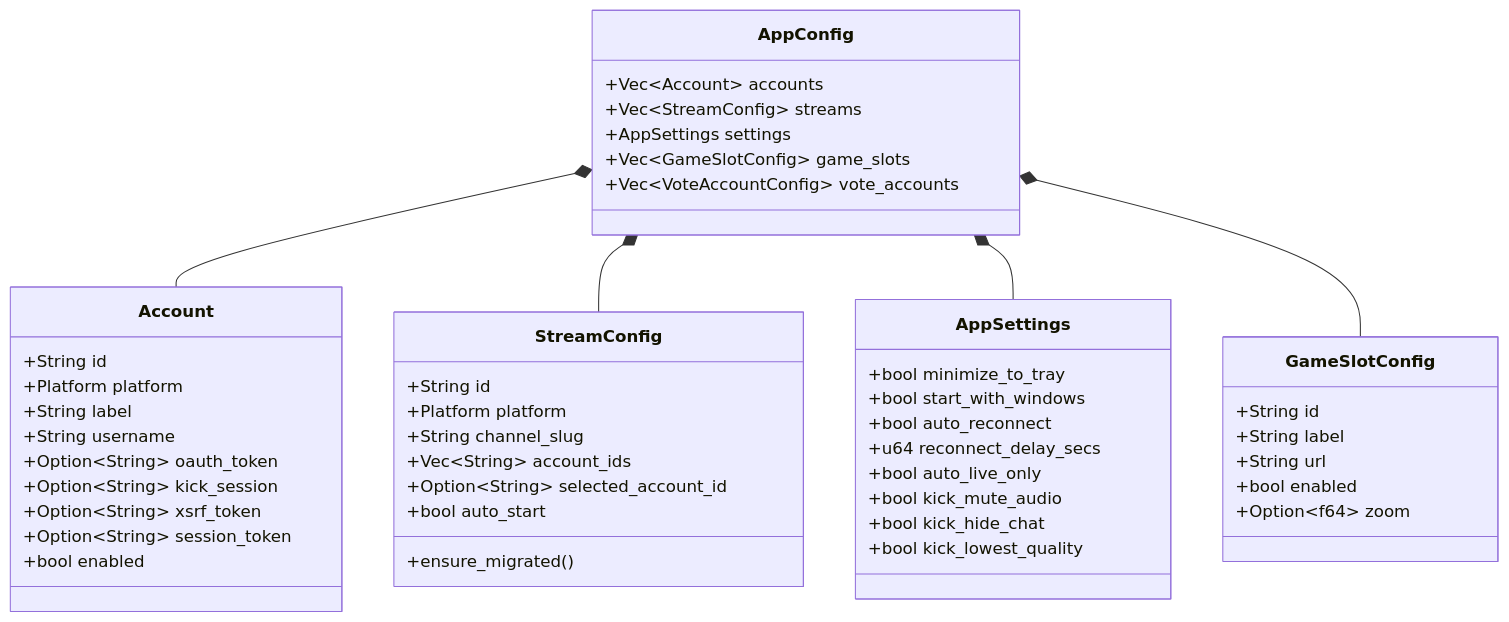
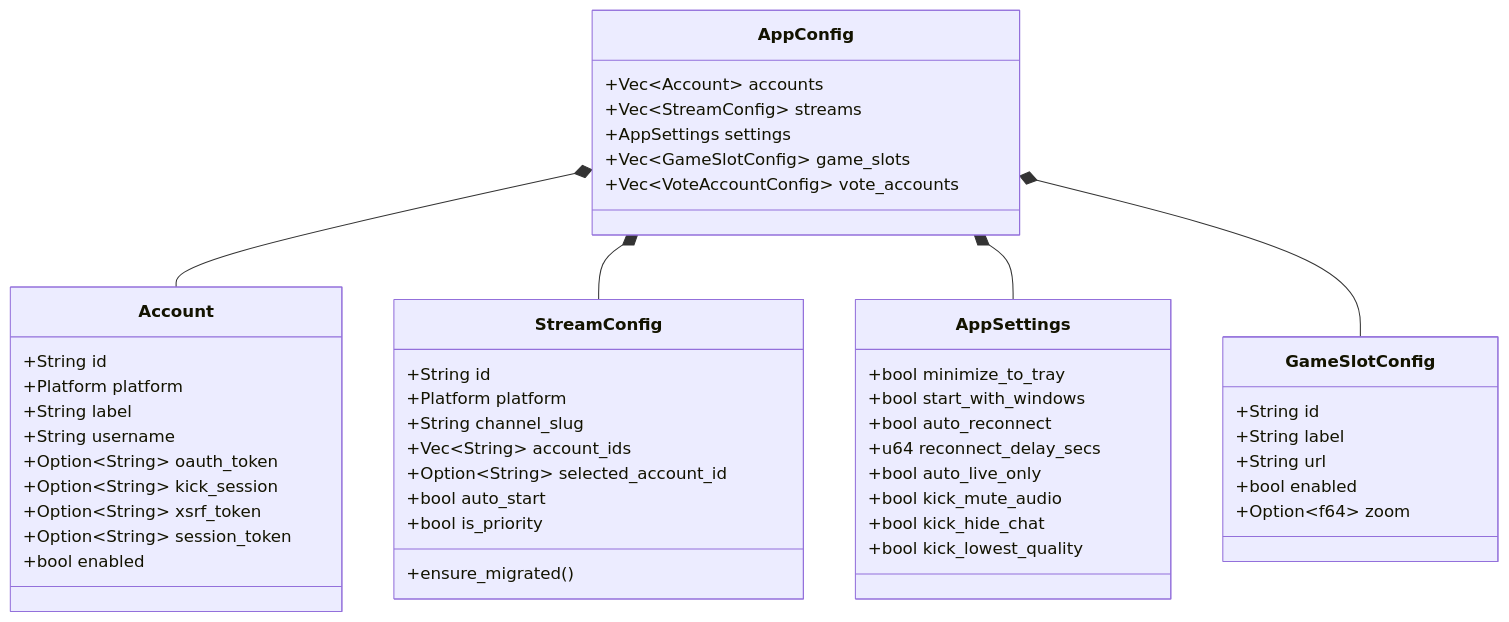
The first of 2 diagrams in Docs/05-backend-core.md (GabrielGamaBaptista/IdleStream), drawn with Mermaid before and after one commit. The commit also changed 30 other files, not shown here.

````diff
--- a/Docs/05-backend-core.md
+++ b/Docs/05-backend-core.md
@@ -45,52 +45,53 @@
 ```mermaid
 classDiagram
     class AppConfig {
         +Vec~Account~ accounts
         +Vec~StreamConfig~ streams
         +AppSettings settings
         +Vec~GameSlotConfig~ game_slots
         +Vec~VoteAccountConfig~ vote_accounts
     }
     class Account {
         +String id
         +Platform platform
         +String label
         +String username
         +Option~String~ oauth_token
         +Option~String~ kick_session
         +Option~String~ xsrf_token
         +Option~String~ session_token
         +bool enabled
     }
     class StreamConfig {
         +String id
         +Platform platform
         +String channel_slug
         +Vec~String~ account_ids
         +Option~String~ selected_account_id
         +bool auto_start
+        +bool is_priority
         +ensure_migrated()
     }
     class AppSettings {
         +bool minimize_to_tray
         +bool start_with_windows
         +bool auto_reconnect
         +u64 reconnect_delay_secs
         +bool auto_live_only
         +bool kick_mute_audio
         +bool kick_hide_chat
         +bool kick_lowest_quality
     }
     class GameSlotConfig {
         +String id
         +String label
         +String url
         +bool enabled
         +Option~f64~ zoom
     }
 
     AppConfig *-- Account
     AppConfig *-- StreamConfig
     AppConfig *-- AppSettings
     AppConfig *-- GameSlotConfig
 ```
````
